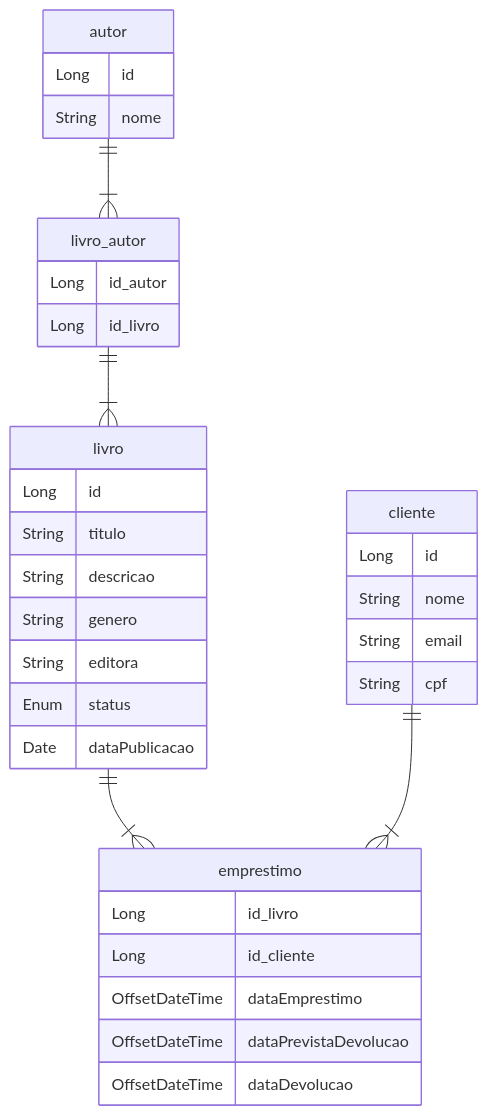
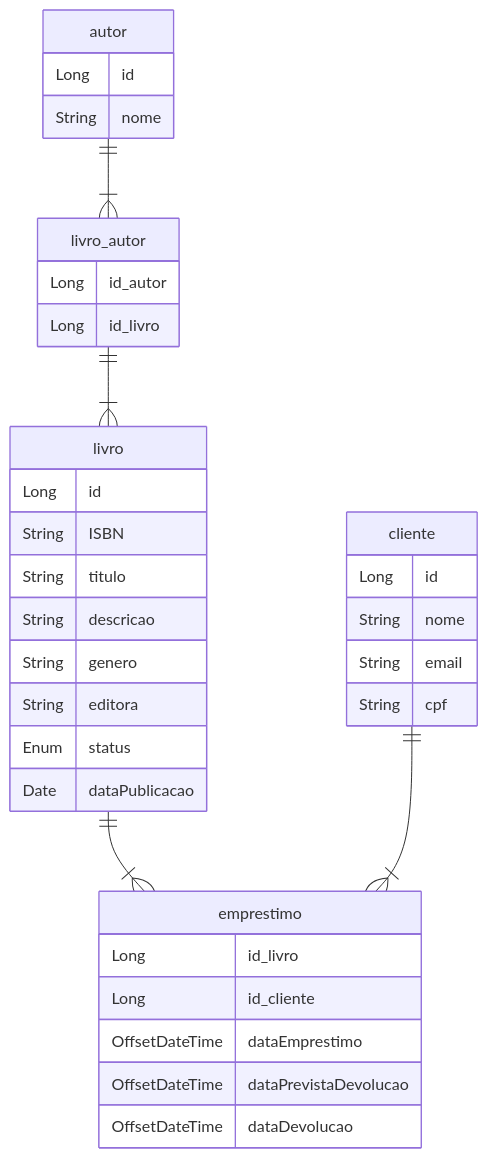
One commit to LucianoFraga27/livraria-project changed the diagram in README.md. Above: the diagram before and after it, drawn with Mermaid. The commit also changed other lines of this file and 9 other files, not shown here.

````diff
--- a/README.md
+++ b/README.md
@@ -11,44 +11,45 @@
 ```mermaid
 erDiagram
 
     autor ||--|{ livro_autor: ""
     livro_autor ||--|{ livro : ""
     livro ||--|{ emprestimo : ""
     cliente ||--|{emprestimo: ""
     
     emprestimo {
         Long id_livro
         Long id_cliente
         OffsetDateTime dataEmprestimo
         OffsetDateTime dataPrevistaDevolucao
         OffsetDateTime dataDevolucao
     }
 
     livro {
         Long id
+	String ISBN
         String titulo
         String descricao
 	String genero
         String editora
         Enum status
         Date dataPublicacao
     }
 
     autor {
         Long id
         String nome
     }
 
     livro_autor {
         Long id_autor
         Long id_livro
     }
 
     cliente {
         Long id
         String nome
         String email
         String cpf
     }
     
 ```
````
